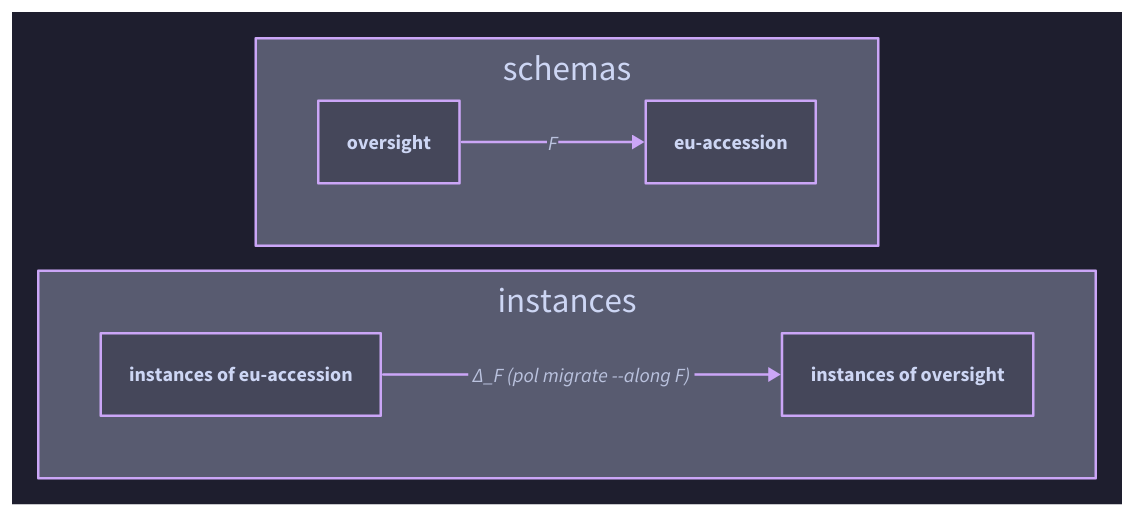
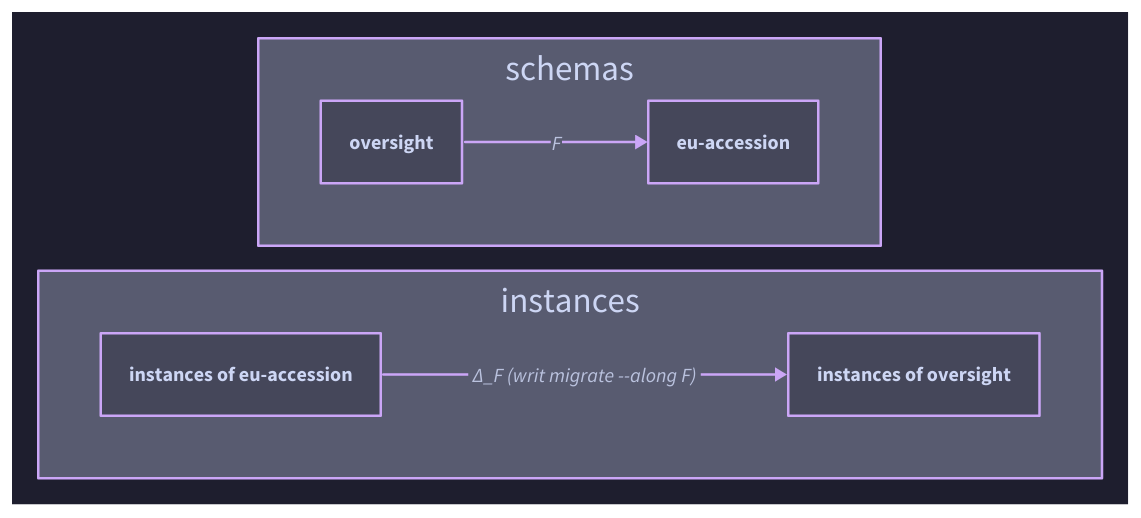
The diagram in docs/diagrams/migration-functor.d2 (writ-lang/writ), drawn with D2 before and after one commit. The commit also changed 186 other files, not shown here.

First line of the commit message:
rename: pol becomes writ

```diff
--- a/docs/diagrams/migration-functor.d2
+++ b/docs/diagrams/migration-functor.d2
@@ -1,18 +1,18 @@
 vars: {
   d2-config: {
     layout-engine: elk
     theme-id: 200
   }
 }
 direction: right
 
 schemas: "schemas" {
   s: oversight
   t: eu-accession
   s -> t: "F"
 }
 instances: "instances" {
   it: "instances of eu-accession"
   is: "instances of oversight"
-  it -> is: "Δ_F   (pol migrate --along F)"
+  it -> is: "Δ_F   (writ migrate --along F)"
 }
```
